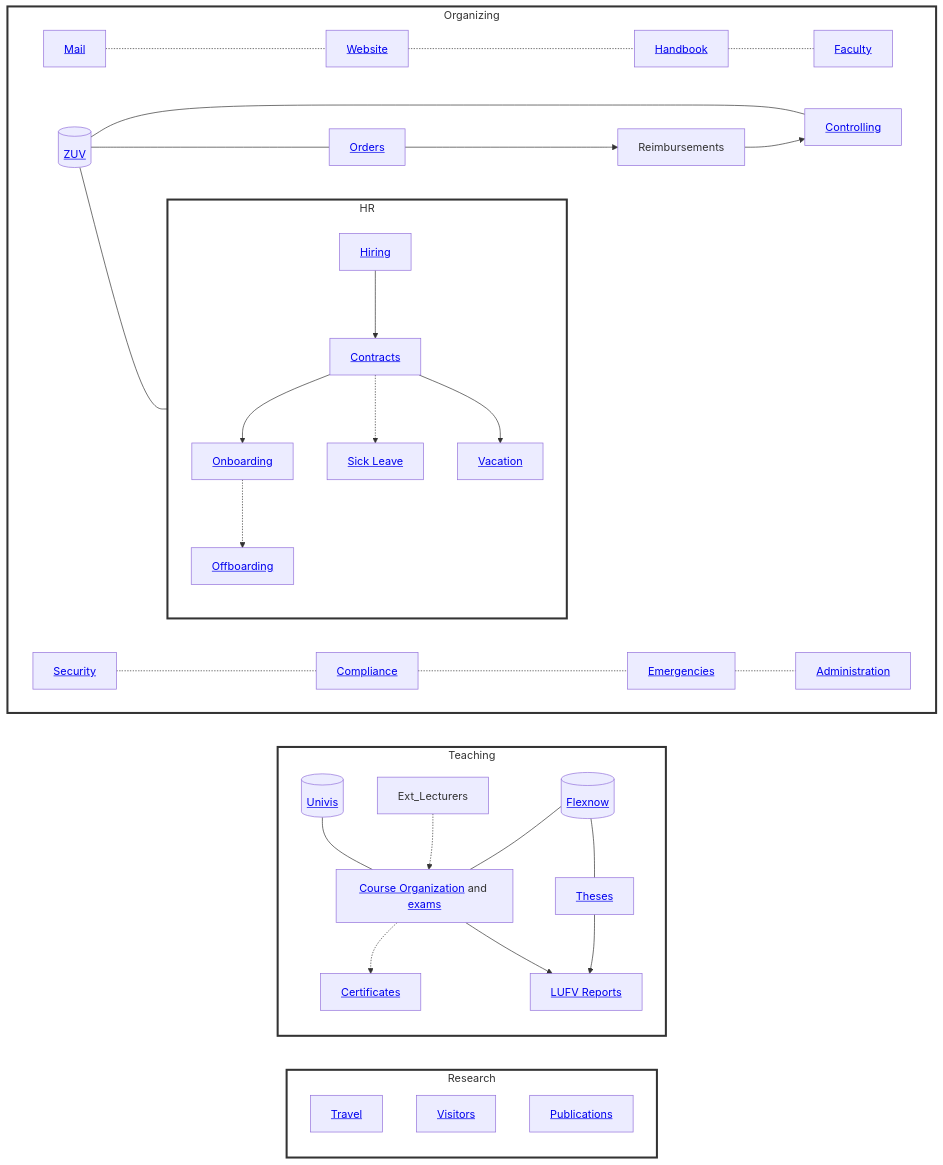
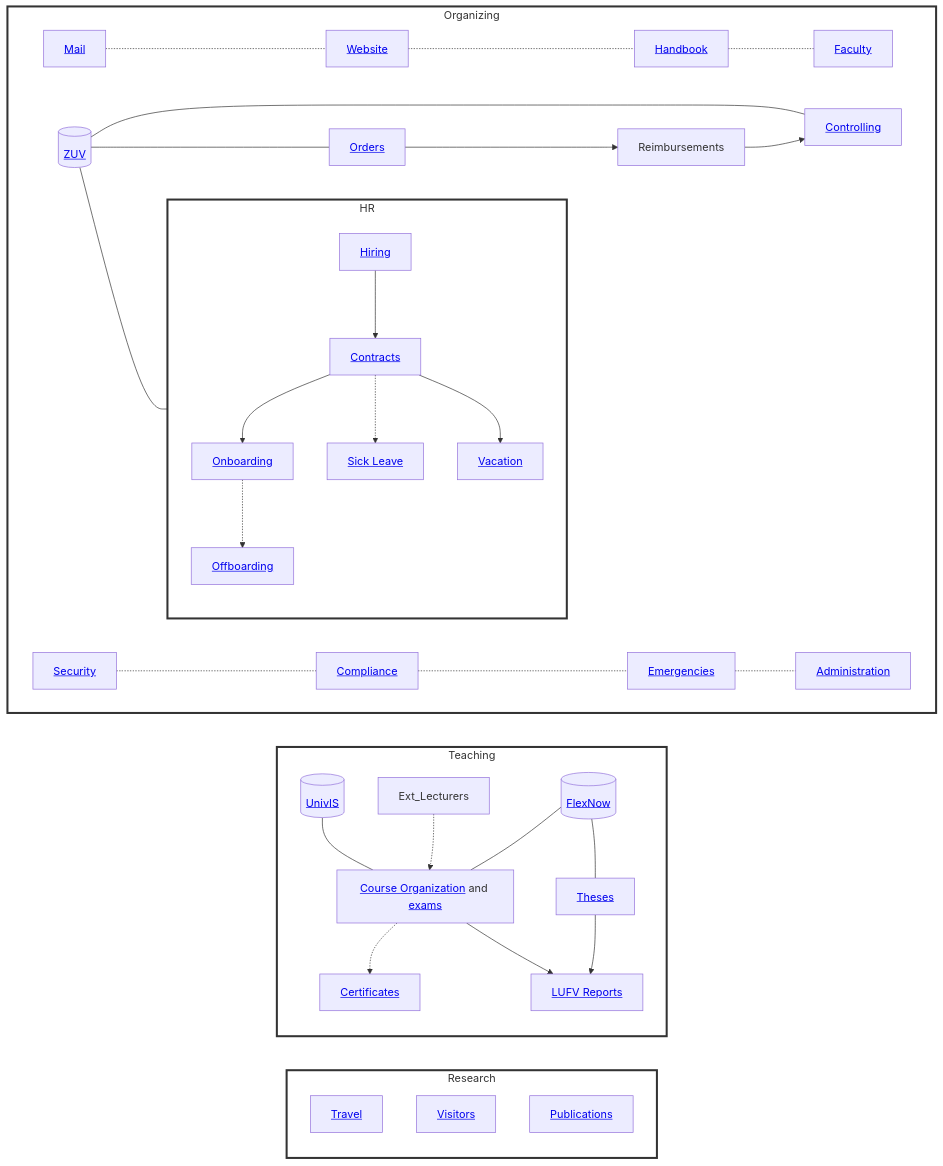
Before and after one commit to digital-work-lab/handbook: the diagram in docs/10-lab/index.md, drawn with Mermaid. The commit also changed 40 other files, not shown here.

````diff
--- a/docs/10-lab/index.md
+++ b/docs/10-lab/index.md
@@ -11,51 +11,51 @@
 ```mermaid
 flowchart  LR
 
     subgraph Research
         Travel["<a href='10_processes/10.50.travel.html'>Travel</a>"]
         Visitors["<a href='10_processes/10.53.visitors.html'>Visitors</a>"]
         Publications["<a href='../20-research/20_processes/20.33.publication.html'>Publications</a>"]
     end
 
     subgraph Teaching
         direction TB
-        Univis[("<a href='../30-teaching/30_processes/30.16.univis.html'>Univis</a>")]
-        Flexnow[("<a href='../30-teaching/30_processes/30.15.flexnow.html'>Flexnow</a>")]
+        UnivIS[("<a href='../30-teaching/30_processes/30.16.univis.html'>UnivIS</a>")]
+        FlexNow[("<a href='../30-teaching/30_processes/30.15.flexnow.html'>FlexNow</a>")]
         Ext_Lecturers -.-> Course_Orga["<a href='../30-teaching/30_processes/30.02.courses.html'>Course Organization</a> and <a href='../30-teaching/30_processes/30.59.exams.html'>exams</a>"]
         Course_Orga -.-> Certificates["<a href='../30-teaching/30_processes/30.51.certificates.html'>Certificates</a>"]
-        Flexnow --- Course_Orga
-        Flexnow --- Theses
+        FlexNow --- Course_Orga
+        FlexNow --- Theses
         Course_Orga --> LUFV["<a href='../30-teaching/30_processes/30.20.reports.html'>LUFV Reports</a>"]
         Theses["<a href='../30-teaching/30_processes/30.40.theses.html'>Theses</a>"] --> LUFV
-        Univis --- Course_Orga
+        UnivIS --- Course_Orga
     end
 
     subgraph Organizing
         direction LR
 
         Mail["<a href='10_processes/10.51.mail.html'>Mail</a>"] -.- Website["<a href='10_processes/10.11.website.html'>Website</a>"] -.- Handbook["<a href='10_processes/10.10.handbook.html'>Handbook</a>"] -.- Faculty["<a href='10_processes/10.60.faculty.html'>Faculty</a>"]
         Orders["<a href='10_processes/10.52.orders.html'>Orders</a>"] --> Reimbursements
 
         
         subgraph HR
             direction TB
             Hiring["<a href='10_processes/10.30.hiring.html'>Hiring</a>"] --> Contracts["<a href='10_processes/10.31.contracts.html'>Contracts</a>"]
             Contracts --> Onboarding["<a href='10_processes/10.32.onboarding.html'>Onboarding</a>"]
             Contracts -.-> Sick_leave["<a href='10_processes/10.35.sick_leave.html'>Sick Leave</a>"]
             Contracts --> Vacation["<a href='10_processes/10.33.vacation.html'>Vacation</a>"]
             Onboarding -.-> Offboarding["<a href='10_processes/10.39.offboarding.html'>Offboarding</a>"]
         end
         ZUV[("<a href='10_processes/10.12.zuv.html'>ZUV</a>")]
         ZUV --- Controlling
         ZUV --- Orders
         ZUV --- Hiring
         Reimbursements --> Controlling["<a href='10_processes/10.70.controlling.html'>Controlling</a>"]
         Security["<a href='10_processes/10.72.security.html'>Security</a>"] -.- Compliance["<a href='10_processes/10.71.compliance.html'>Compliance</a>"] -.- Emergencies["<a href='10_processes/10.73.emergencies.html'>Emergencies</a>"] -.- Administration["<a href='10_processes/10.90.administration.html'>Administration</a>"]
     end
 
     style Organizing fill:white,stroke:#333,stroke-width:3px
     style Teaching fill:white,stroke:#333,stroke-width:3px
     style Research fill:white,stroke:#333,stroke-width:3px
     style HR fill:white,stroke:#333,stroke-width:3px
 
 ```
````
